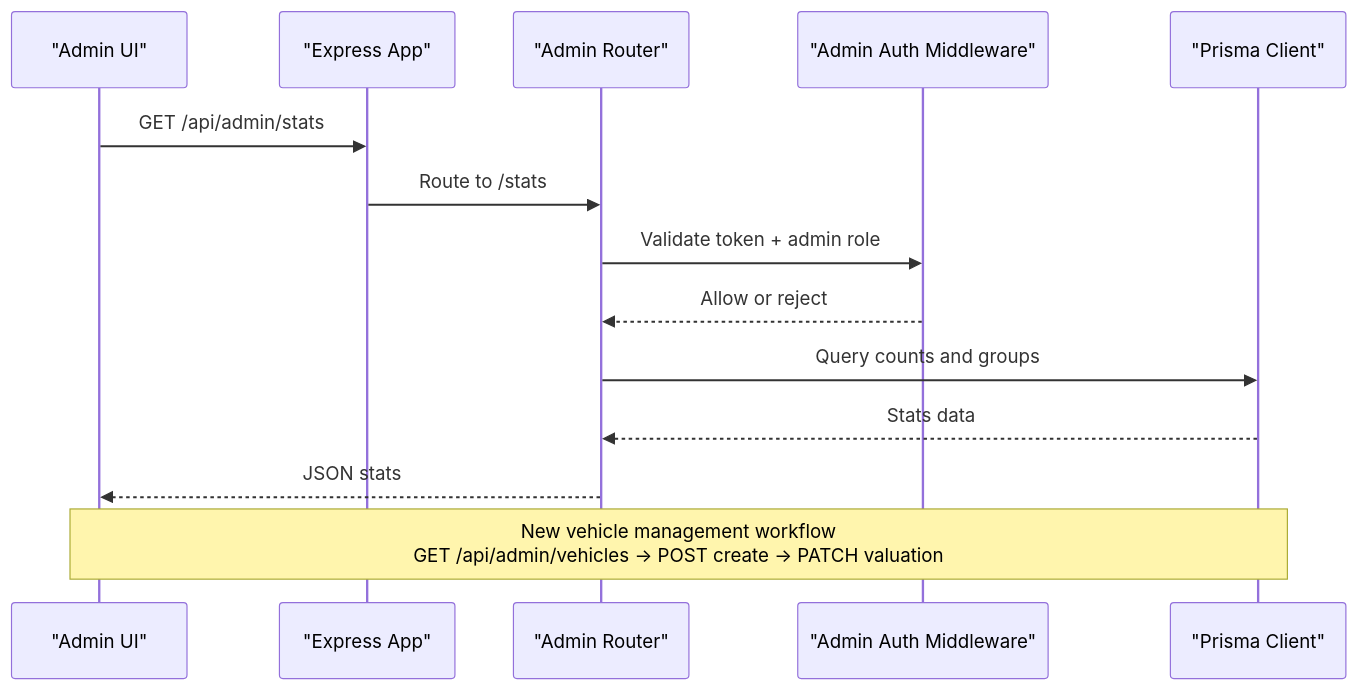
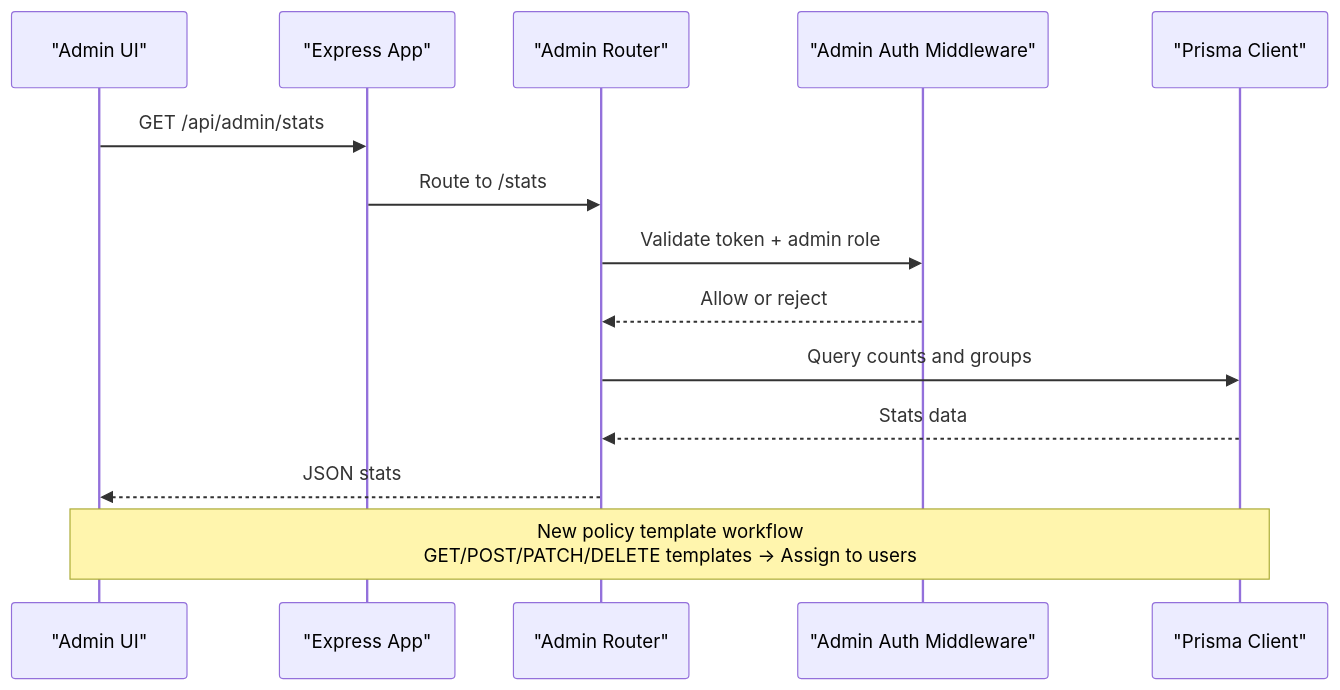
The second of 12 diagrams in .qoder/repowiki/en/content/Backend Documentation/API Endpoints Reference/Administrative Endpoints.md (NaveenHiranya/Smart-Vehicle-Insurance-Claim-System), drawn with Mermaid before and after one commit. The commit also changed other lines of this file and 38 other files, not shown here.

````diff
--- a/.qoder/repowiki/en/content/Backend Documentation/API Endpoints Reference/Administrative Endpoints.md
+++ b/.qoder/repowiki/en/content/Backend Documentation/API Endpoints Reference/Administrative Endpoints.md
@@ -109,16 +113,16 @@
 ```mermaid
 sequenceDiagram
 participant FE as "Admin UI"
 participant API as "Express App"
 participant AR as "Admin Router"
 participant MA as "Admin Auth Middleware"
 participant DB as "Prisma Client"
 FE->>API : GET /api/admin/stats
 API->>AR : Route to /stats
 AR->>MA : Validate token + admin role
 MA-->>AR : Allow or reject
 AR->>DB : Query counts and groups
 DB-->>AR : Stats data
 AR-->>FE : JSON stats
-Note over FE,DB : New vehicle management workflow<br/>GET /api/admin/vehicles -> POST create -> PATCH valuation
+Note over FE,DB : New policy template workflow<br/>GET/POST/PATCH/DELETE templates -> Assign to users
 ```
````
